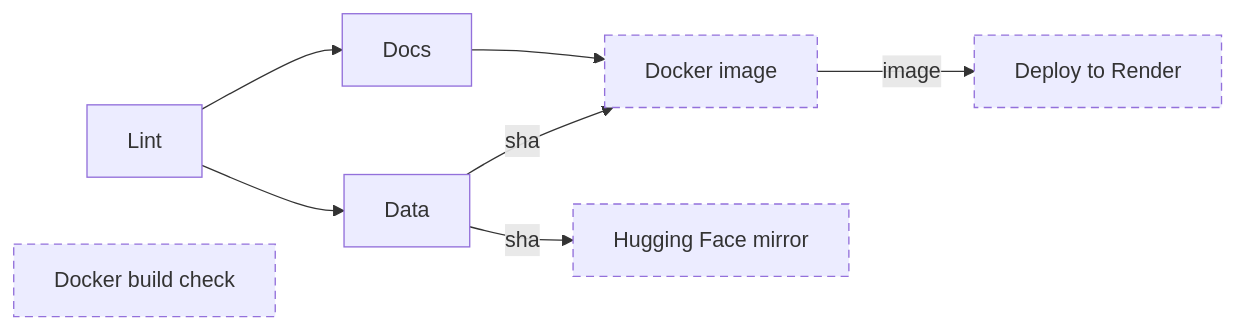
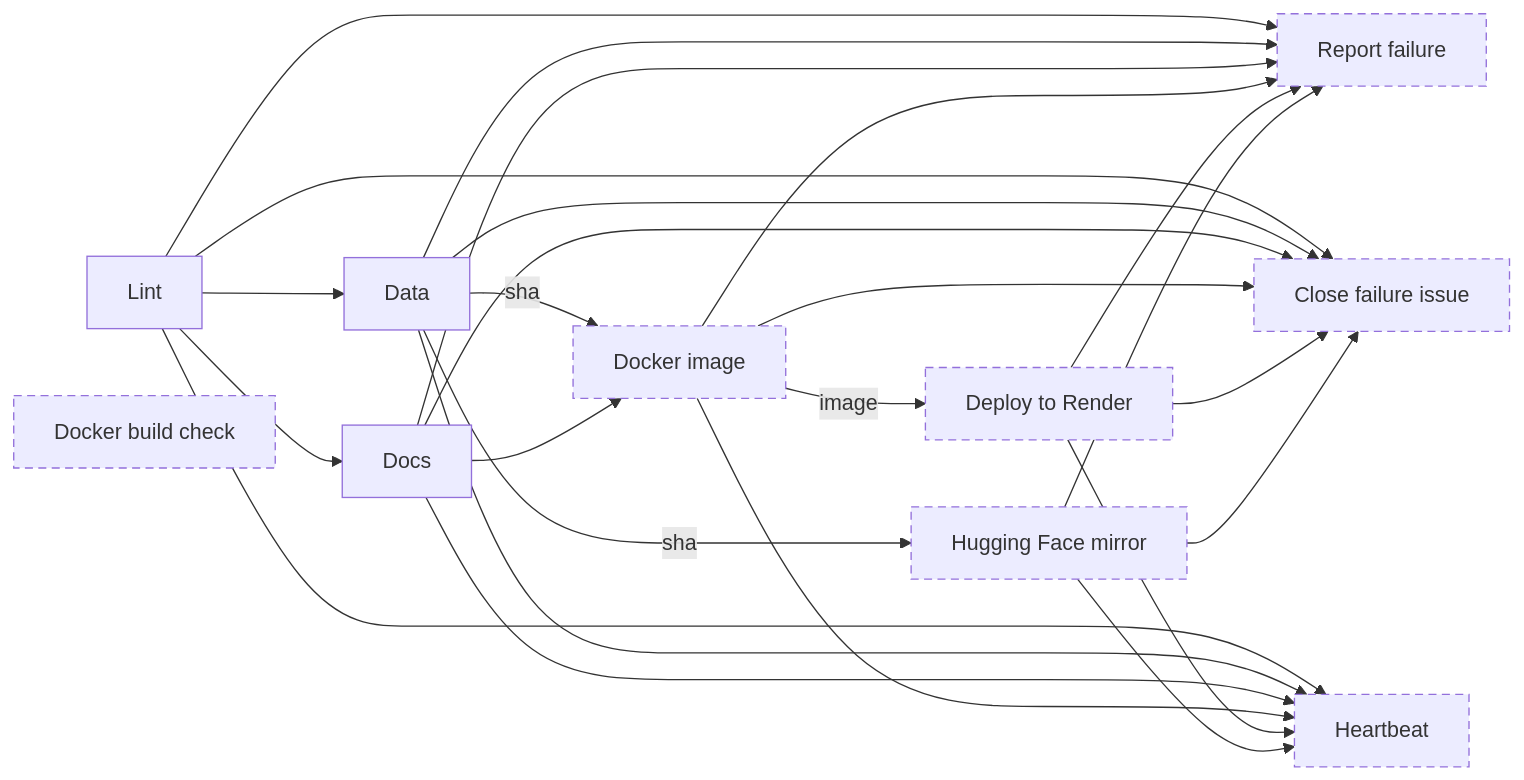
One commit to tryph0n/hybrid-tracker changed the second of 3 diagrams in docs/architecture.md. Above: the diagram before and after it, drawn with Mermaid. The commit also changed other lines of this file and 3 other files, not shown here.

First line of the commit message:
ci(pipeline): open an issue on a failed run and ping a heartbeat on success

````diff
--- a/docs/architecture.md
+++ b/docs/architecture.md
@@ -55,17 +56,38 @@
 ```mermaid
 flowchart LR
   classDef conditional stroke-dasharray: 6 4
   job_lint["Lint"]
   job_data["Data"]
   job_docs["Docs"]
   job_image_check["Docker build check"]:::conditional
   job_image["Docker image"]:::conditional
   job_deploy["Deploy to Render"]:::conditional
   job_mirror["Hugging Face mirror"]:::conditional
+  job_report_failure["Report failure"]:::conditional
+  job_close_failure["Close failure issue"]:::conditional
+  job_heartbeat["Heartbeat"]:::conditional
   job_lint --> job_data
   job_lint --> job_docs
   job_data -->|sha| job_image
   job_docs --> job_image
   job_image -->|image| job_deploy
   job_data -->|sha| job_mirror
+  job_lint --> job_report_failure
+  job_data --> job_report_failure
+  job_docs --> job_report_failure
+  job_image --> job_report_failure
+  job_deploy --> job_report_failure
+  job_mirror --> job_report_failure
+  job_lint --> job_close_failure
+  job_data --> job_close_failure
+  job_docs --> job_close_failure
+  job_image --> job_close_failure
+  job_deploy --> job_close_failure
+  job_mirror --> job_close_failure
+  job_lint --> job_heartbeat
+  job_data --> job_heartbeat
+  job_docs --> job_heartbeat
+  job_image --> job_heartbeat
+  job_deploy --> job_heartbeat
+  job_mirror --> job_heartbeat
 ```
````
